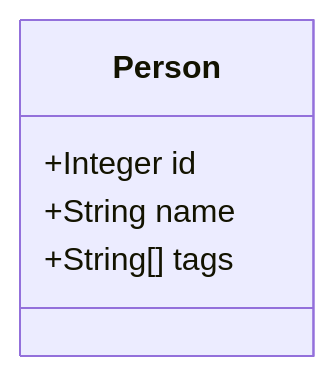
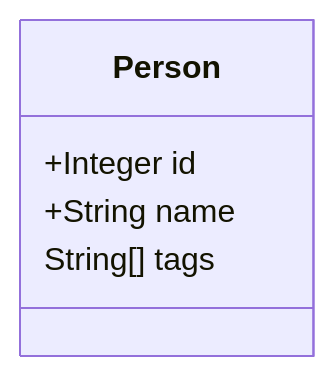
Before and after one commit to flemming-n-larsen/JSONSchema-to-Mermaid: the second of 6 diagrams in README.md, drawn with Mermaid. The commit also changed other lines of this file and 4 other files, not shown here.

Commit message:
Enhance MermaidGenerator to support required property markers and improve schema processing

````diff
--- a/README.md
+++ b/README.md
@@ -70,8 +62,8 @@
 ```mermaid
 classDiagram
   class Person {
     +Integer id
     +String name
-    +String[] tags
+    String[] tags
   }
 ```
````
